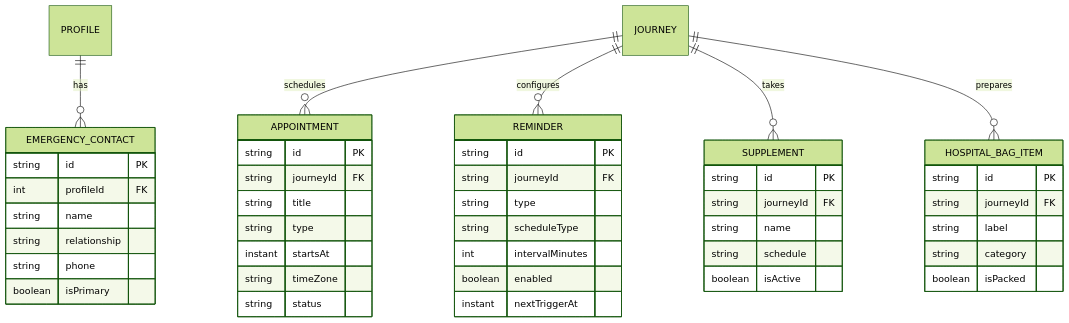
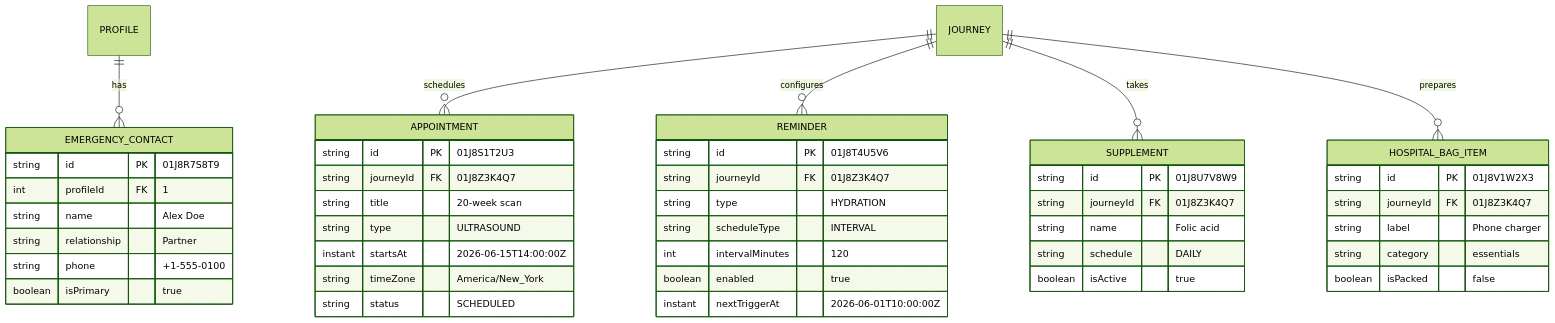
One commit to headache-sh2l/cocobean changed the sixth of 10 diagrams in docs/domain-model-entity-relation.md. Above: the diagram before and after it, drawn with Mermaid (forest theme). The commit also changed other lines of this file, not shown here.

````diff
--- a/docs/domain-model-entity-relation.md
+++ b/docs/domain-model-entity-relation.md
@@ -236,49 +237,49 @@
 ```mermaid
 erDiagram
     PROFILE ||--o{ EMERGENCY_CONTACT : has
     JOURNEY ||--o{ APPOINTMENT : schedules
     JOURNEY ||--o{ REMINDER : configures
     JOURNEY ||--o{ SUPPLEMENT : takes
     JOURNEY ||--o{ HOSPITAL_BAG_ITEM : prepares
 
     EMERGENCY_CONTACT {
-        string id PK
-        int profileId FK
-        string name
-        string relationship
-        string phone
-        boolean isPrimary
+        string id PK "01J8R7S8T9"
+        int profileId FK "1"
+        string name "Alex Doe"
+        string relationship "Partner"
+        string phone "+1-555-0100"
+        boolean isPrimary "true"
     }
     APPOINTMENT {
-        string id PK
-        string journeyId FK
-        string title
-        string type
-        instant startsAt
-        string timeZone
-        string status
+        string id PK "01J8S1T2U3"
+        string journeyId FK "01J8Z3K4Q7"
+        string title "20-week scan"
+        string type "ULTRASOUND"
+        instant startsAt "2026-06-15T14:00:00Z"
+        string timeZone "America/New_York"
+        string status "SCHEDULED"
     }
     REMINDER {
-        string id PK
-        string journeyId FK
-        string type
-        string scheduleType
-        int intervalMinutes
-        boolean enabled
-        instant nextTriggerAt
+        string id PK "01J8T4U5V6"
+        string journeyId FK "01J8Z3K4Q7"
+        string type "HYDRATION"
+        string scheduleType "INTERVAL"
+        int intervalMinutes "120"
+        boolean enabled "true"
+        instant nextTriggerAt "2026-06-01T10:00:00Z"
     }
     SUPPLEMENT {
-        string id PK
-        string journeyId FK
-        string name
-        string schedule
-        boolean isActive
+        string id PK "01J8U7V8W9"
+        string journeyId FK "01J8Z3K4Q7"
+        string name "Folic acid"
+        string schedule "DAILY"
+        boolean isActive "true"
     }
     HOSPITAL_BAG_ITEM {
-        string id PK
-        string journeyId FK
-        string label
-        string category
-        boolean isPacked
+        string id PK "01J8V1W2X3"
+        string journeyId FK "01J8Z3K4Q7"
+        string label "Phone charger"
+        string category "essentials"
+        boolean isPacked "false"
     }
 ```
````
